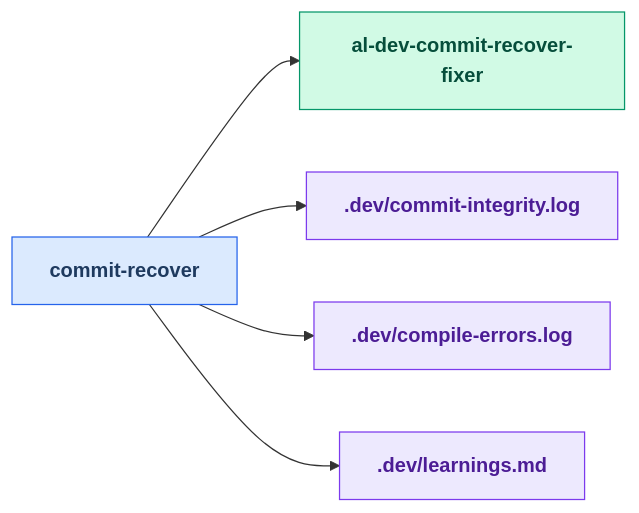
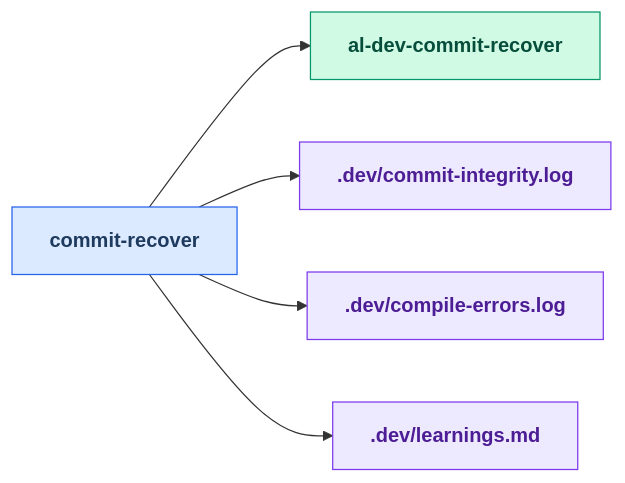
Before and after one commit to russell-laing/al-dev-shared: diagram 24 of 25 in docs/al-dev-skills-map.md, drawn with Mermaid. The commit also changed other lines of this file and 4 other files, not shown here.

Commit message:
🚚 refactor(al-dev-commit-recover): apply content edits + regen maps

````diff
--- a/docs/al-dev-skills-map.md
+++ b/docs/al-dev-skills-map.md
@@ -1123,25 +1141,25 @@
 ```mermaid
 flowchart LR
     classDef skillNode fill:#dbeafe,stroke:#2563eb,color:#1e3a5f,font-weight:bold
     classDef agentNode fill:#d1fae5,stroke:#059669,color:#064e3b,font-weight:bold
     classDef knowledgeNode fill:#fef3c7,stroke:#d97706,color:#78350f,font-weight:bold
     classDef artifactNode fill:#ede9fe,stroke:#7c3aed,color:#4c1d95,font-weight:bold
     classDef phaseNode fill:#e0e7ff,stroke:#6366f1,color:#312e81,font-weight:bold
 
     skill_commit_recover[commit-recover]
-    agent_al_dev_commit_recover_fixer[al-dev-commit-recover-fixer]
+    agent_al_dev_commit_recover[al-dev-commit-recover]
     artifact_commit_integrity_log[.dev/commit-integrity.log]
     artifact_compile_errors_log[.dev/compile-errors.log]
     artifact_learnings_md[.dev/learnings.md]
 
-    skill_commit_recover --> agent_al_dev_commit_recover_fixer
+    skill_commit_recover --> agent_al_dev_commit_recover
     skill_commit_recover --> artifact_commit_integrity_log
     skill_commit_recover --> artifact_compile_errors_log
     skill_commit_recover --> artifact_learnings_md
 
     class skill_commit_recover skillNode
-    class agent_al_dev_commit_recover_fixer agentNode
+    class agent_al_dev_commit_recover agentNode
     class artifact_commit_integrity_log artifactNode
     class artifact_compile_errors_log artifactNode
     class artifact_learnings_md artifactNode
 ```
````
